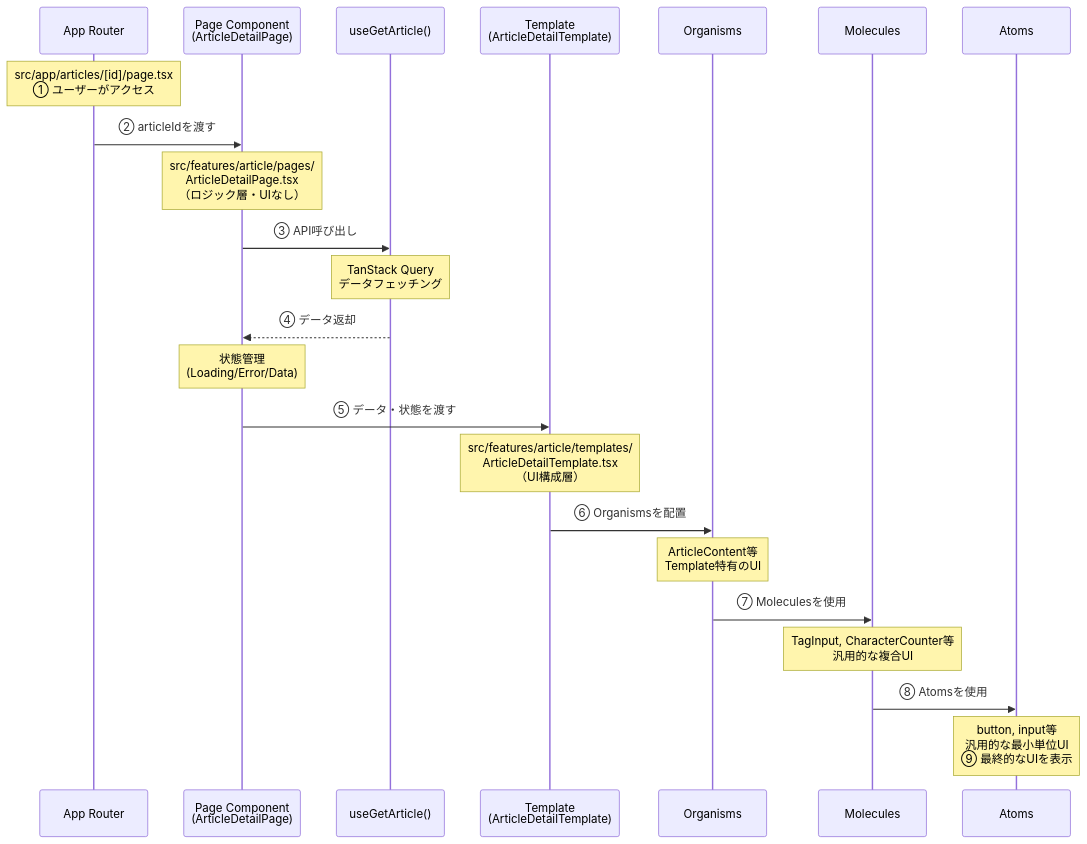
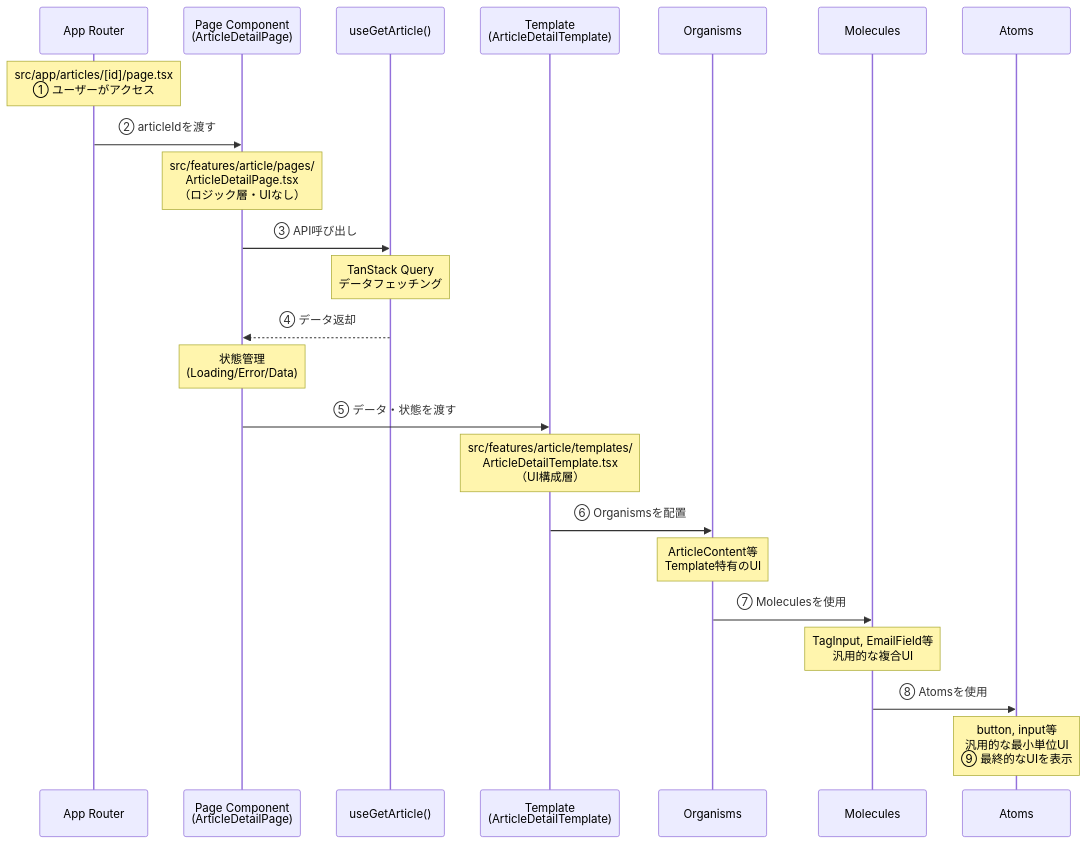
Before and after one commit to doguto/nari-note: the second of 7 diagrams in nari-note-frontend/docs/architecture-diagram.md, drawn with Mermaid. The commit also changed other lines of this file and 7 other files, not shown here.

````diff
--- a/nari-note-frontend/docs/architecture-diagram.md
+++ b/nari-note-frontend/docs/architecture-diagram.md
@@ -122,35 +121,35 @@
 ```mermaid
 sequenceDiagram
     participant AppRouter as App Router
     participant Page as Page Component<br/>(ArticleDetailPage)
     participant Hook as useGetArticle()
     participant Template as Template<br/>(ArticleDetailTemplate)
     participant Organism as Organisms
     participant Molecule as Molecules
     participant Atom as Atoms
     
     Note over AppRouter: src/app/articles/[id]/page.tsx<br/>① ユーザーがアクセス
     
     AppRouter->>Page: ② articleIdを渡す
     
     Note over Page: src/features/article/pages/<br/>ArticleDetailPage.tsx<br/>（ロジック層・UIなし）
     
     Page->>Hook: ③ API呼び出し
     Note over Hook: TanStack Query<br/>データフェッチング
     Hook-->>Page: ④ データ返却
     
     Note over Page: 状態管理<br/>(Loading/Error/Data)
     
     Page->>Template: ⑤ データ・状態を渡す
     
     Note over Template: src/features/article/templates/<br/>ArticleDetailTemplate.tsx<br/>（UI構成層）
     
     Template->>Organism: ⑥ Organismsを配置
     Note over Organism: ArticleContent等<br/>Template特有のUI
     
     Organism->>Molecule: ⑦ Moleculesを使用
-    Note over Molecule: TagInput, CharacterCounter等<br/>汎用的な複合UI
+    Note over Molecule: TagInput, EmailField等<br/>汎用的な複合UI
     
     Molecule->>Atom: ⑧ Atomsを使用
     Note over Atom: button, input等<br/>汎用的な最小単位UI<br/>⑨ 最終的なUIを表示
 ```
````
